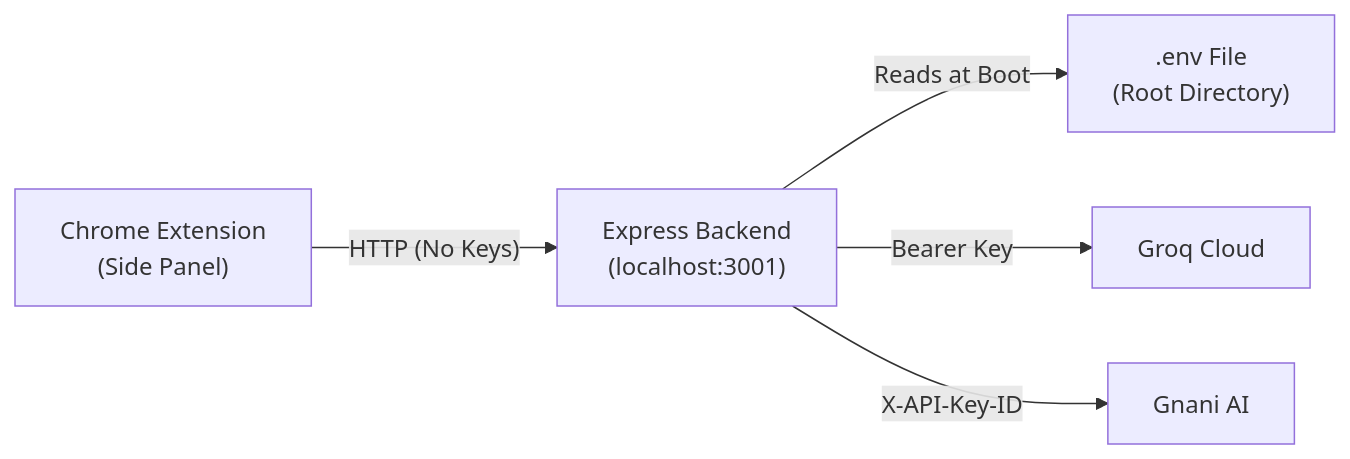
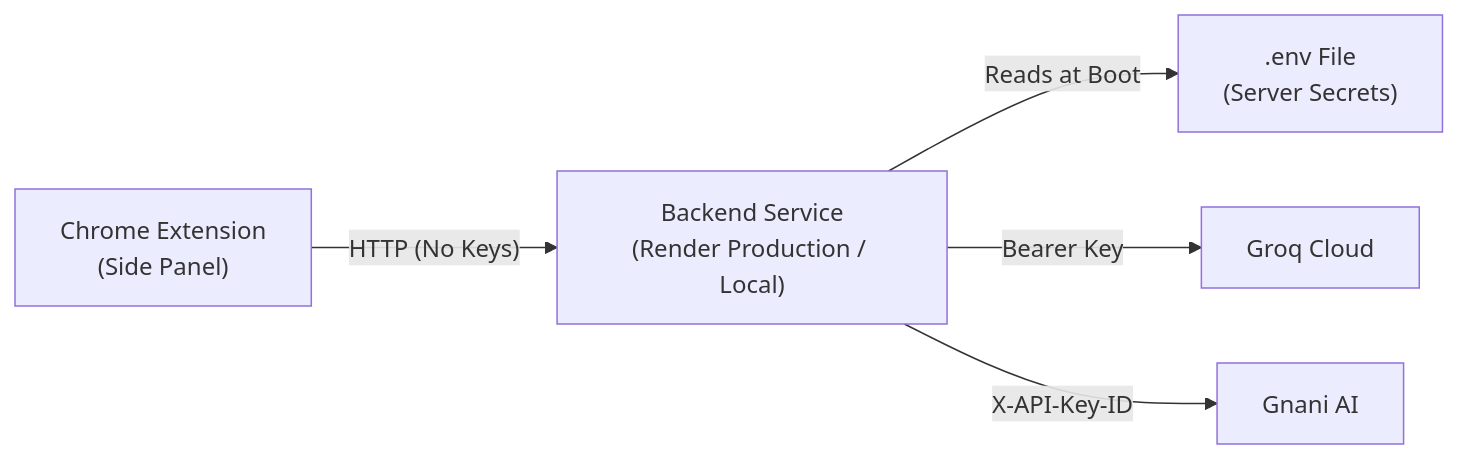
The third of 3 diagrams in README.md (nicksboson/Form-Copilot), drawn with Mermaid before and after one commit. The commit also changed other lines of this file, not shown here.

Commit message:
update README with AI Engine architecture, live Render badges, zero-setup guide, and Gnani hackathon acknowledgments

````diff
--- a/README.md
+++ b/README.md
@@ -156,13 +173,13 @@
 ```mermaid
 flowchart LR
     Extension["Chrome Extension<br/>(Side Panel)"]
-    LocalBackend["Express Backend<br/>(localhost:3001)"]
-    EnvFile[".env File<br/>(Root Directory)"]
+    Backend["Backend Service<br/>(Render Production / Local)"]
+    EnvFile[".env File<br/>(Server Secrets)"]
     ExternalGroq["Groq Cloud"]
     ExternalGnani["Gnani AI"]
 
-    Extension -->|"HTTP (No Keys)"| LocalBackend
-    LocalBackend -->|"Reads at Boot"| EnvFile
-    LocalBackend -->|"Bearer Key"| ExternalGroq
-    LocalBackend -->|"X-API-Key-ID"| ExternalGnani
+    Extension -->|"HTTP (No Keys)"| Backend
+    Backend -->|"Reads at Boot"| EnvFile
+    Backend -->|"Bearer Key"| ExternalGroq
+    Backend -->|"X-API-Key-ID"| ExternalGnani
 ```
````
